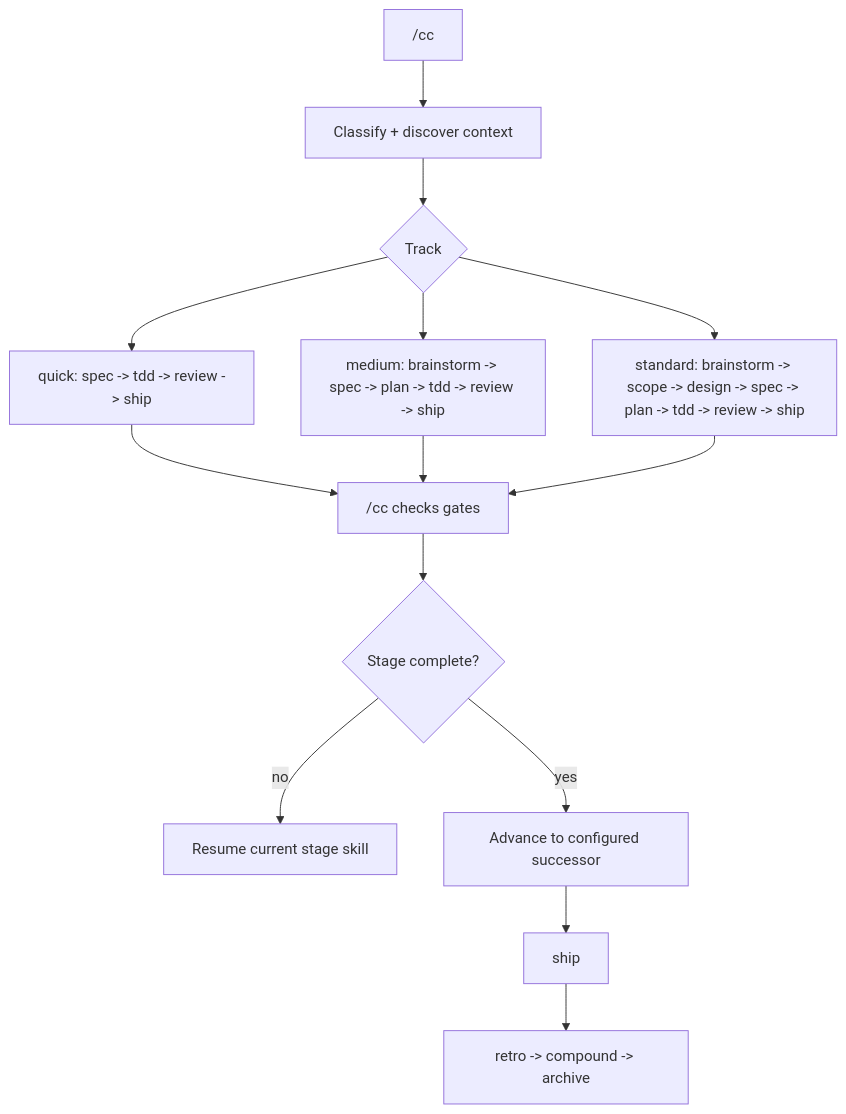
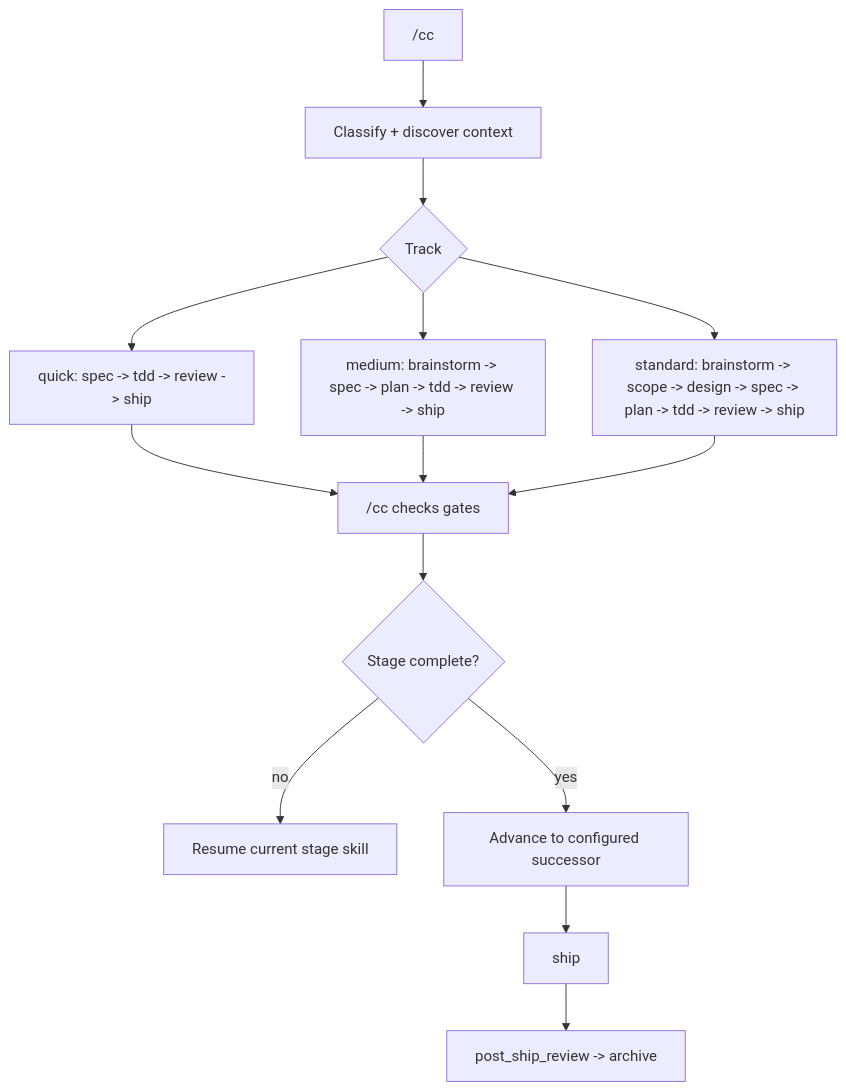
The first of 3 diagrams in docs/scheme-of-work.md (zuevrs/cclaw), drawn with Mermaid before and after one commit. The commit also changed other lines of this file and 76 other files, not shown here.

````diff
--- a/docs/scheme-of-work.md
+++ b/docs/scheme-of-work.md
@@ -25,16 +25,16 @@
 ```mermaid
 flowchart TD
   start["/cc <idea>"] --> classify["Classify + discover context"]
   classify --> track{Track}
   track --> quick["quick: spec -> tdd -> review -> ship"]
   track --> medium["medium: brainstorm -> spec -> plan -> tdd -> review -> ship"]
   track --> standard["standard: brainstorm -> scope -> design -> spec -> plan -> tdd -> review -> ship"]
   quick --> next["/cc checks gates"]
   medium --> next
   standard --> next
   next --> complete{"Stage complete?"}
   complete -->|no| resume["Resume current stage skill"]
   complete -->|yes| advance["Advance to configured successor"]
   advance --> ship["ship"]
-  ship --> closeout["retro -> compound -> archive"]
+  ship --> closeout["post_ship_review -> archive"]
 ```
````
